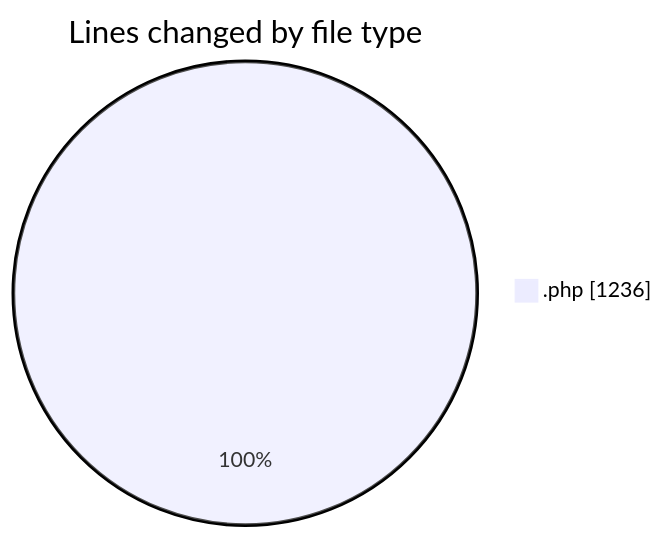
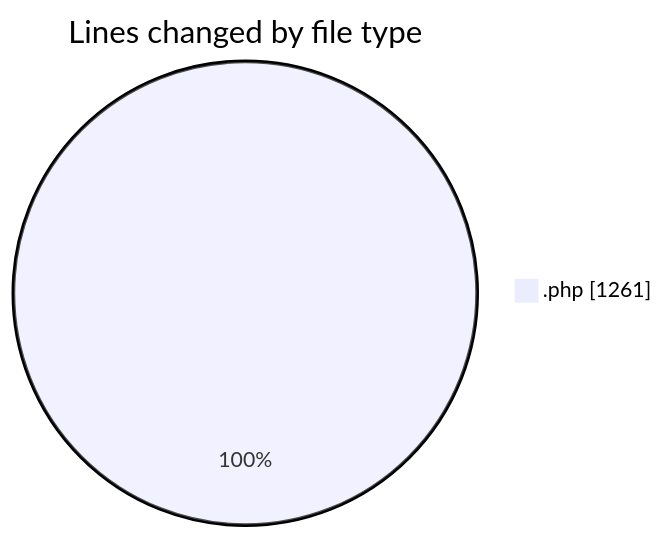
Before and after one commit to LanceThiago/code-tracking: the first of 2 diagrams in 2025-10-03/totem2/README.md, drawn with Mermaid. The commit also changed other lines of this file and 1 other file, not shown here.

````diff
--- a/2025-10-03/totem2/README.md
+++ b/2025-10-03/totem2/README.md
@@ -22,5 +22,5 @@
 ```mermaid
 pie showData
 title Lines changed by file type
-".php" : 1236
+".php" : 1261
 ```
````
